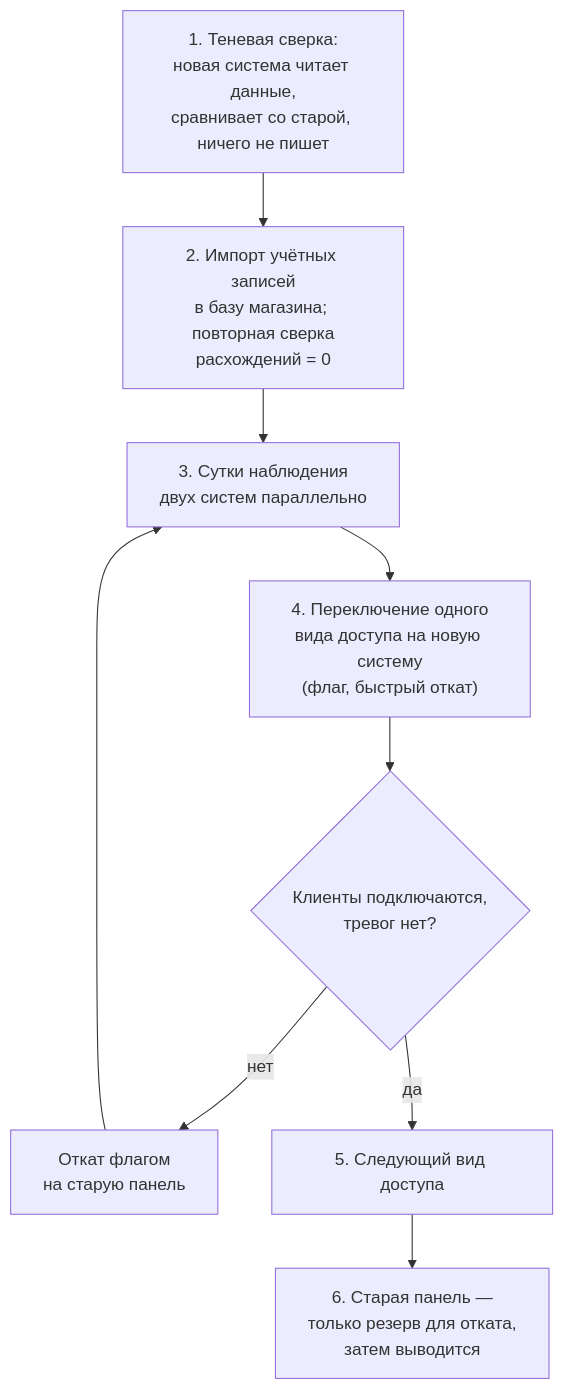
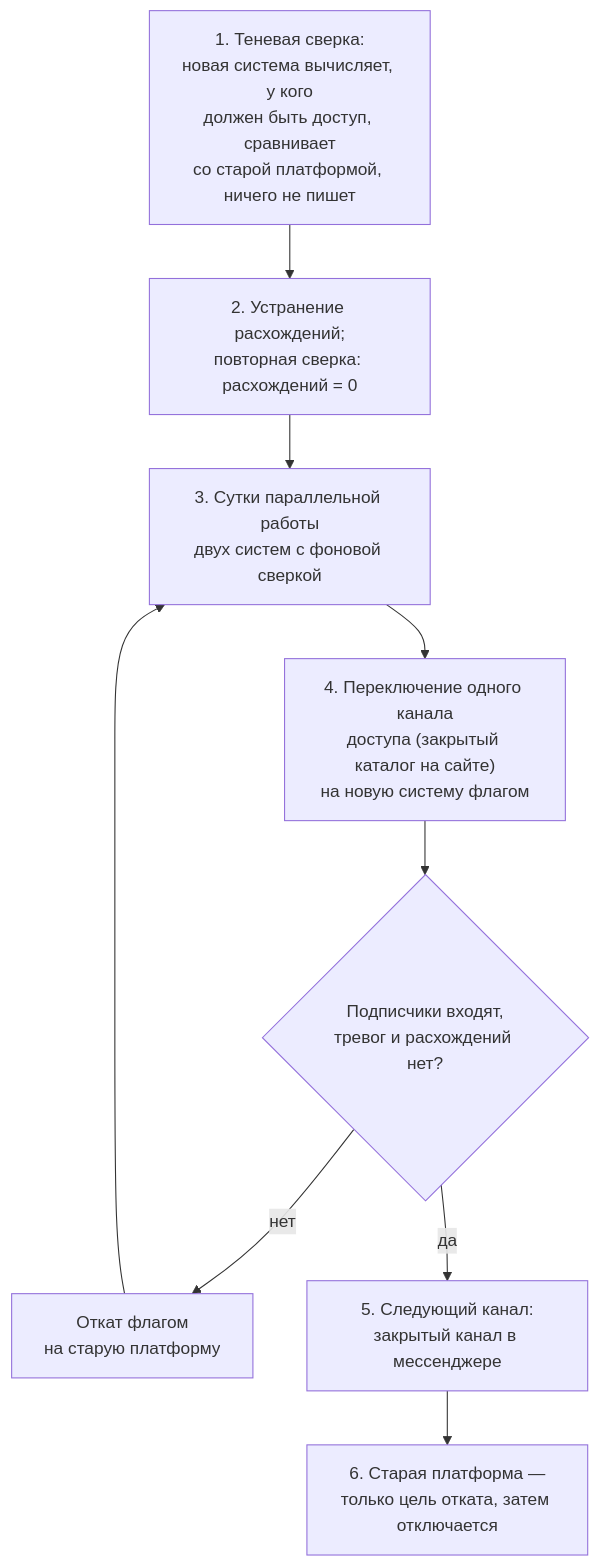
The fourth of 4 diagrams in docs/05-vnedrenie.md (Dv2Corn/kursovaya), drawn with Mermaid before and after one commit. The commit also changed other lines of this file and 5 other files, not shown here.

````diff
--- a/docs/05-vnedrenie.md
+++ b/docs/05-vnedrenie.md
@@ -176,11 +226,11 @@
 ```mermaid
 flowchart TD
-    S1["1. Теневая сверка:<br/>новая система читает данные,<br/>сравнивает со старой, ничего не пишет"] --> S2["2. Импорт учётных записей<br/>в базу магазина; повторная сверка<br/>расхождений = 0"]
-    S2 --> S3["3. Сутки наблюдения<br/>двух систем параллельно"]
-    S3 --> S4["4. Переключение одного<br/>вида доступа на новую систему<br/>(флаг, быстрый откат)"]
-    S4 --> S5{"Клиенты подключаются,<br/>тревог нет?"}
-    S5 -- "нет" --> RB["Откат флагом<br/>на старую панель"]
+    S1["1. Теневая сверка:<br/>новая система вычисляет, у кого<br/>должен быть доступ, сравнивает<br/>со старой платформой, ничего не пишет"] --> S2["2. Устранение расхождений;<br/>повторная сверка: расхождений = 0"]
+    S2 --> S3["3. Сутки параллельной работы<br/>двух систем с фоновой сверкой"]
+    S3 --> S4["4. Переключение одного канала<br/>доступа (закрытый каталог на сайте)<br/>на новую систему флагом"]
+    S4 --> S5{"Подписчики входят,<br/>тревог и расхождений нет?"}
+    S5 -- "нет" --> RB["Откат флагом<br/>на старую платформу"]
     RB --> S3
-    S5 -- "да" --> S6["5. Следующий вид доступа"]
-    S6 --> S7["6. Старая панель —<br/>только резерв для отката,<br/>затем выводится"]
+    S5 -- "да" --> S6["5. Следующий канал:<br/>закрытый канал в мессенджере"]
+    S6 --> S7["6. Старая платформа —<br/>только цель отката, затем отключается"]
 ```
````
